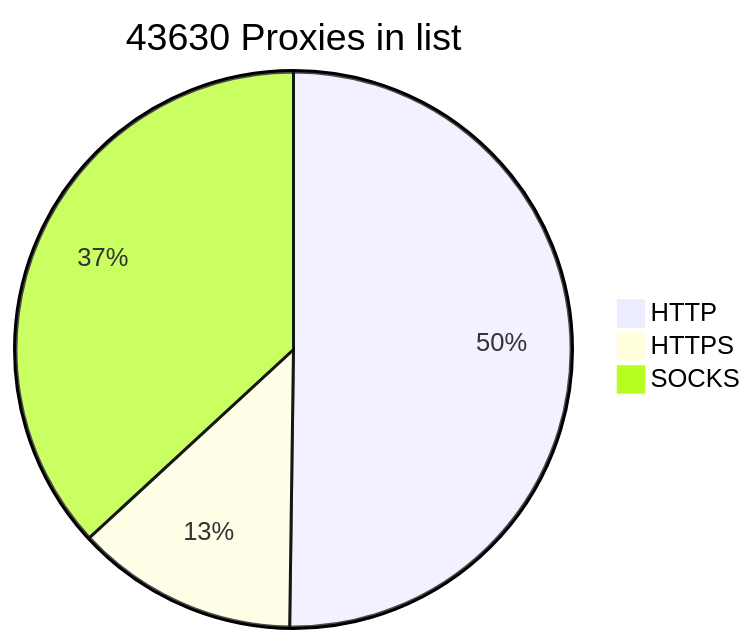
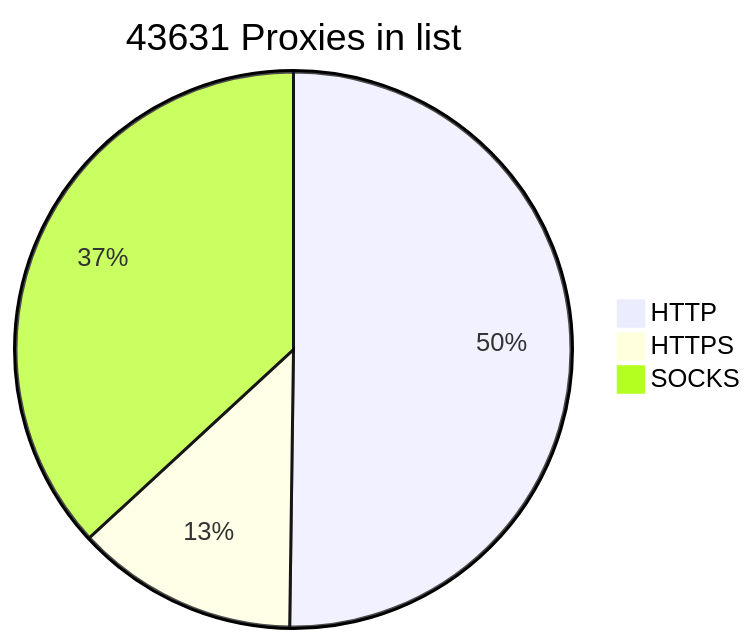
Before and after one commit to BlackSnowDot/proxylist-update-every-minute: the diagram in README.md, drawn with Mermaid.

````diff
--- a/README.md
+++ b/README.md
@@ -2,6 +2,6 @@
 ```mermaid
-pie title 43630 Proxies in list
+pie title 43631 Proxies in list
     "HTTP" : 24398
     "HTTPS": 6278
-    "SOCKS" : 17907
+    "SOCKS" : 17908
 ```
````
